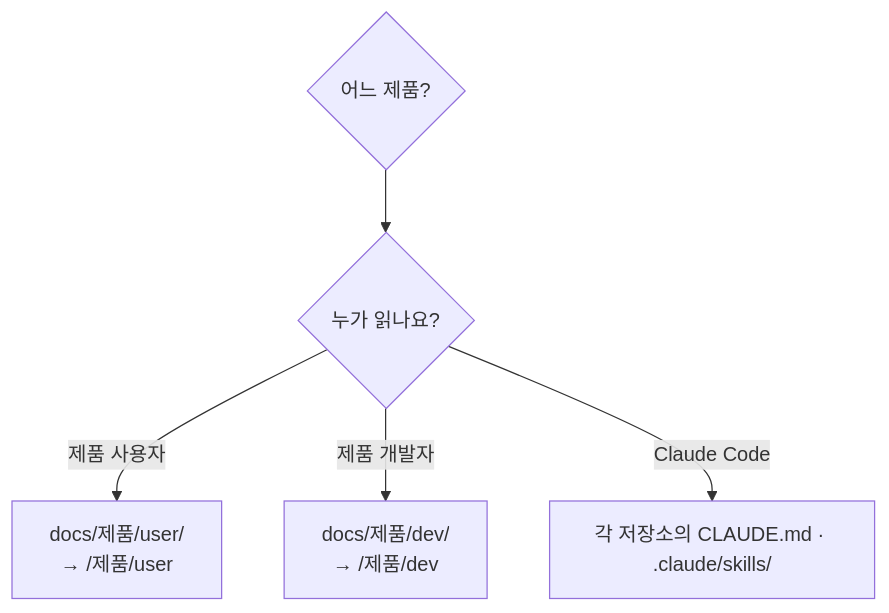
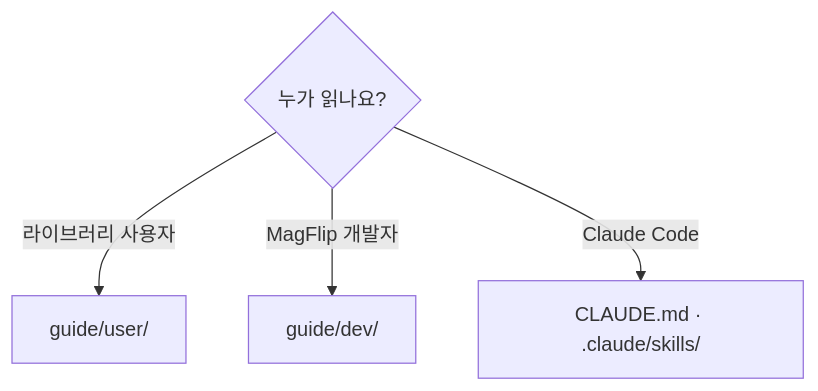
The diagram in guide/dev/development/writing-docs.md (i486magzog/magFlip), drawn with Mermaid before and after one commit. The commit also changed other lines of this file and 37 other files, not shown here.

First line of the commit message:
Keep only MagFlip in the guides, Claude guides and README

````diff
--- a/guide/dev/development/writing-docs.md
+++ b/guide/dev/development/writing-docs.md
@@ -12,7 +12,6 @@
 ```mermaid
 flowchart TD
-  P{어느 제품?} --> Q{누가 읽나요?}
-  Q -->|제품 사용자| U["docs/제품/user/<br/>→ /제품/user"]
-  Q -->|제품 개발자| D["docs/제품/dev/<br/>→ /제품/dev"]
-  Q -->|Claude Code| C["각 저장소의 CLAUDE.md · .claude/skills/"]
+  Q{누가 읽나요?} -->|라이브러리 사용자| U["guide/user/"]
+  Q -->|MagFlip 개발자| D["guide/dev/"]
+  Q -->|Claude Code| C["CLAUDE.md · .claude/skills/"]
 ```
````
